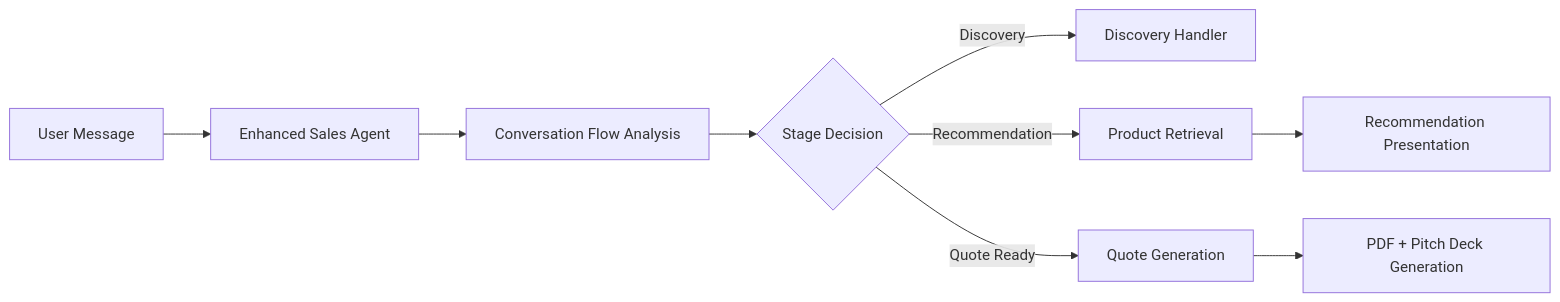
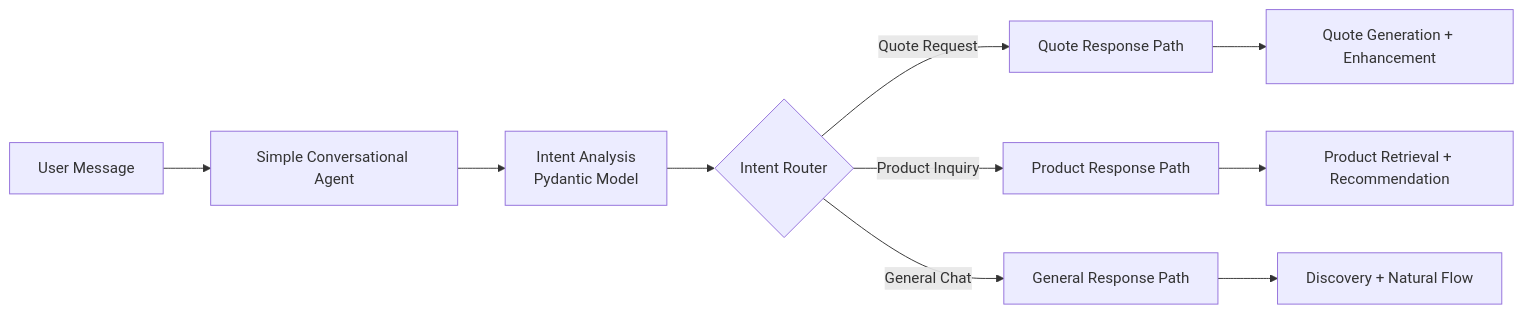
The second of 2 diagrams in architecture-diagram.md (TejasGupta-27/b2b-sales-backend), drawn with Mermaid before and after one commit. The commit also changed other lines of this file, not shown here.

````diff
--- a/architecture-diagram.md
+++ b/architecture-diagram.md
@@ -222,11 +248,12 @@
 ```mermaid
 flowchart LR
-    A[User Message] --> B[Enhanced Sales Agent]
-    B --> C[Conversation Flow Analysis]
-    C --> D{Stage Decision}
-    D -->|Discovery| E[Discovery Handler]
-    D -->|Recommendation| F[Product Retrieval]
-    D -->|Quote Ready| G[Quote Generation]
-    F --> H[Recommendation Presentation]
-    G --> I[PDF + Pitch Deck Generation]
+    A[User Message] --> B[Simple Conversational Agent]
+    B --> C[Intent Analysis<br/>Pydantic Model]
+    C --> D{Intent Router}
+    D -->|Quote Request| E[Quote Response Path]
+    D -->|Product Inquiry| F[Product Response Path]
+    D -->|General Chat| G[General Response Path]
+    E --> H[Quote Generation + Enhancement]
+    F --> I[Product Retrieval + Recommendation]
+    G --> J[Discovery + Natural Flow]
 ```
````
